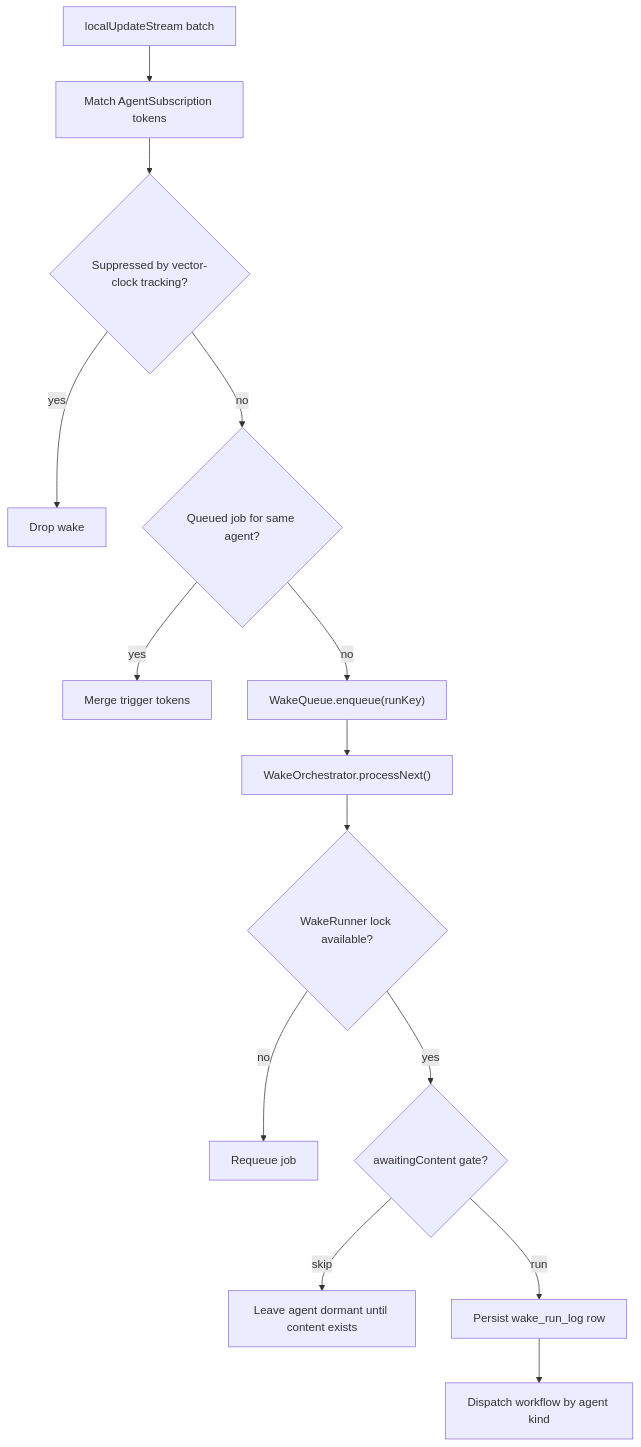
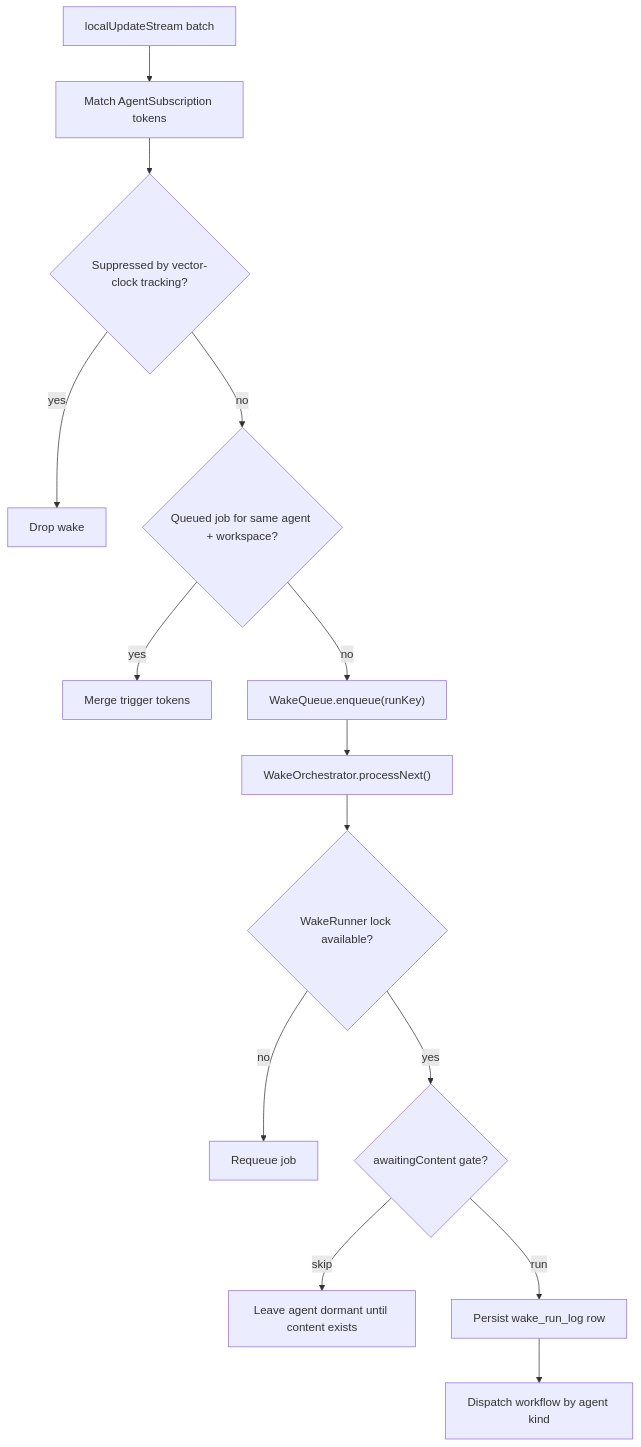
Before and after one commit to matthiasn/lotti: the ninth of 17 diagrams in lib/features/agents/README.md, drawn with Mermaid. The commit also changed other lines of this file and 4 other files, not shown here.

````diff
--- a/lib/features/agents/README.md
+++ b/lib/features/agents/README.md
@@ -666,16 +689,16 @@
 ```mermaid
 flowchart TD
   Update["localUpdateStream batch"] --> Match["Match AgentSubscription tokens"]
   Match --> Suppress{"Suppressed by vector-clock tracking?"}
   Suppress -->|yes| Drop["Drop wake"]
-  Suppress -->|no| Merge{"Queued job for same agent?"}
+  Suppress -->|no| Merge{"Queued job for same agent + workspace?"}
   Merge -->|yes| Coalesce["Merge trigger tokens"]
   Merge -->|no| Queue["WakeQueue.enqueue(runKey)"]
   Queue --> Drain["WakeOrchestrator.processNext()"]
   Drain --> Busy{"WakeRunner lock available?"}
   Busy -->|no| Requeue["Requeue job"]
   Busy -->|yes| Content{"awaitingContent gate?"}
   Content -->|skip| Wait["Leave agent dormant until content exists"]
   Content -->|run| Persist["Persist wake_run_log row"]
   Persist --> Exec["Dispatch workflow by agent kind"]
 ```
````
